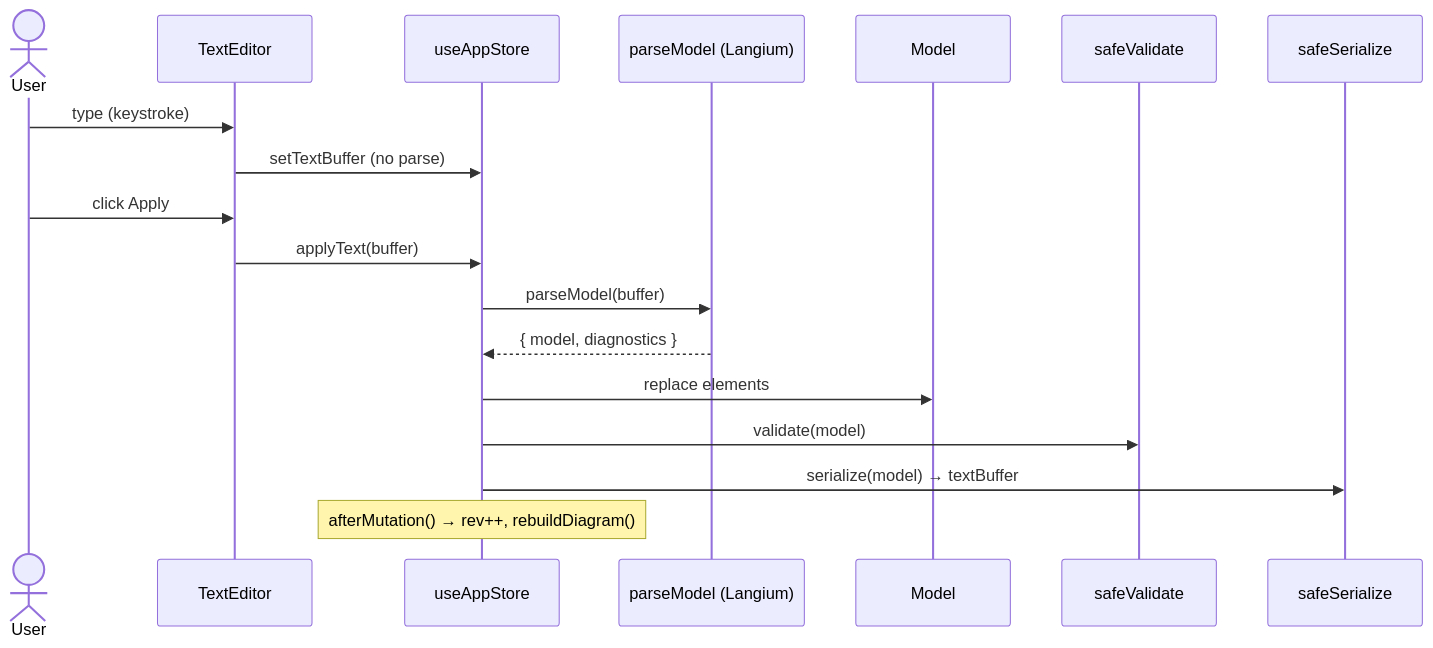
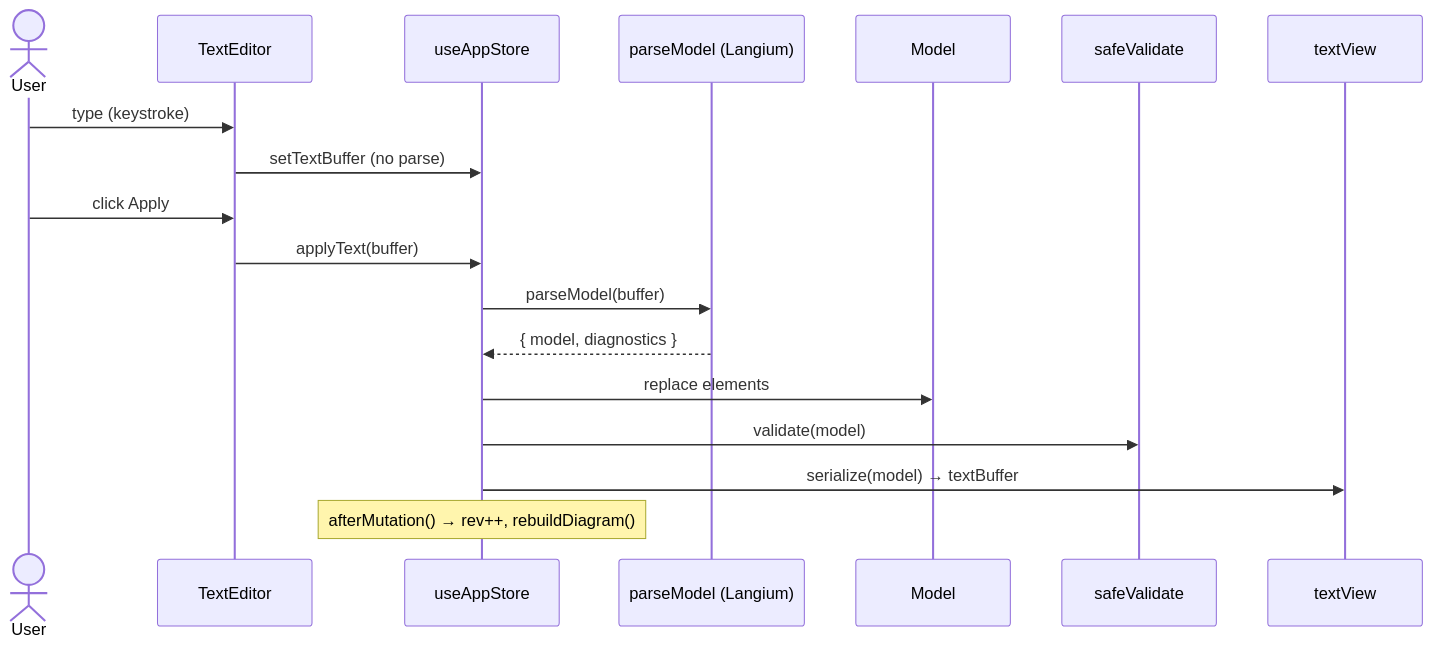
The fourth of 7 diagrams in docs/architecture/05-data-flow.md (cosmindxu/sysprose), drawn with Mermaid before and after one commit. The commit also changed other lines of this file and 26 other files, not shown here.

````diff
--- a/docs/architecture/05-data-flow.md
+++ b/docs/architecture/05-data-flow.md
@@ -147,21 +147,21 @@
 ```mermaid
 sequenceDiagram
     actor U as User
     participant TE as TextEditor
     participant S as useAppStore
     participant P as parseModel (Langium)
     participant M as Model
     participant V as safeValidate
-    participant X as safeSerialize
+    participant X as textView
 
     U->>TE: type (keystroke)
     TE->>S: setTextBuffer (no parse)
     U->>TE: click Apply
     TE->>S: applyText(buffer)
     S->>P: parseModel(buffer)
     P-->>S: { model, diagnostics }
     S->>M: replace elements
     S->>V: validate(model)
     S->>X: serialize(model) → textBuffer
     Note over S: afterMutation() → rev++, rebuildDiagram()
 ```
````
